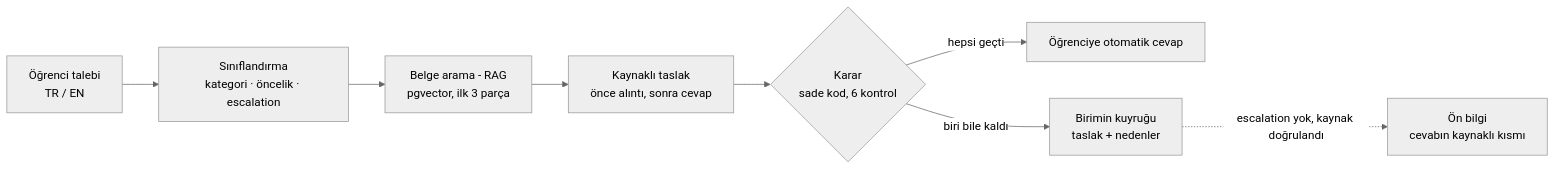
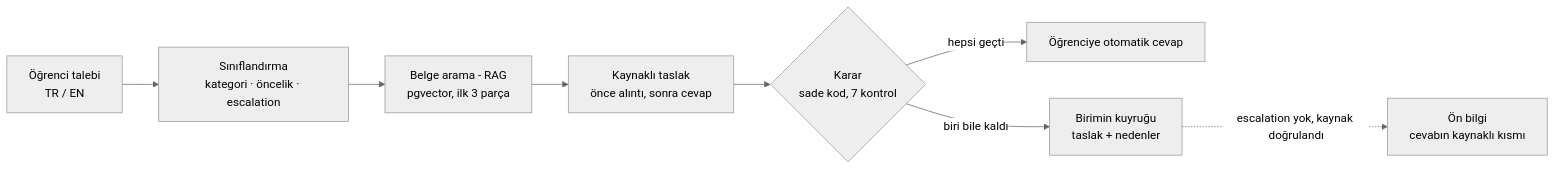
The diagram in README.tr.md (AhmedElghazzawy/ai-ticket-assistant), drawn with Mermaid (neutral theme) before and after one commit. The commit also changed other lines of this file and 6 other files, not shown here.

First line of the commit message:
Rewrite the architecture docs and add a docs index and release changelog

````diff
--- a/README.tr.md
+++ b/README.tr.md
@@ -43,10 +45,10 @@
 ```mermaid
 flowchart LR
     T[Öğrenci talebi<br/>TR / EN] --> C[Sınıflandırma<br/>kategori · öncelik · escalation]
     C --> R[Belge arama - RAG<br/>pgvector, ilk 3 parça]
     R --> A[Kaynaklı taslak<br/>önce alıntı, sonra cevap]
-    A --> D{Karar<br/>sade kod, 6 kontrol}
+    A --> D{Karar<br/>sade kod, 7 kontrol}
     D -->|hepsi geçti| S[Öğrenciye otomatik cevap]
     D -->|biri bile kaldı| H[Birimin kuyruğu<br/>taslak + nedenler]
     H -.->|escalation yok, kaynak doğrulandı| F[Ön bilgi<br/>cevabın kaynaklı kısmı]
 ```
````
